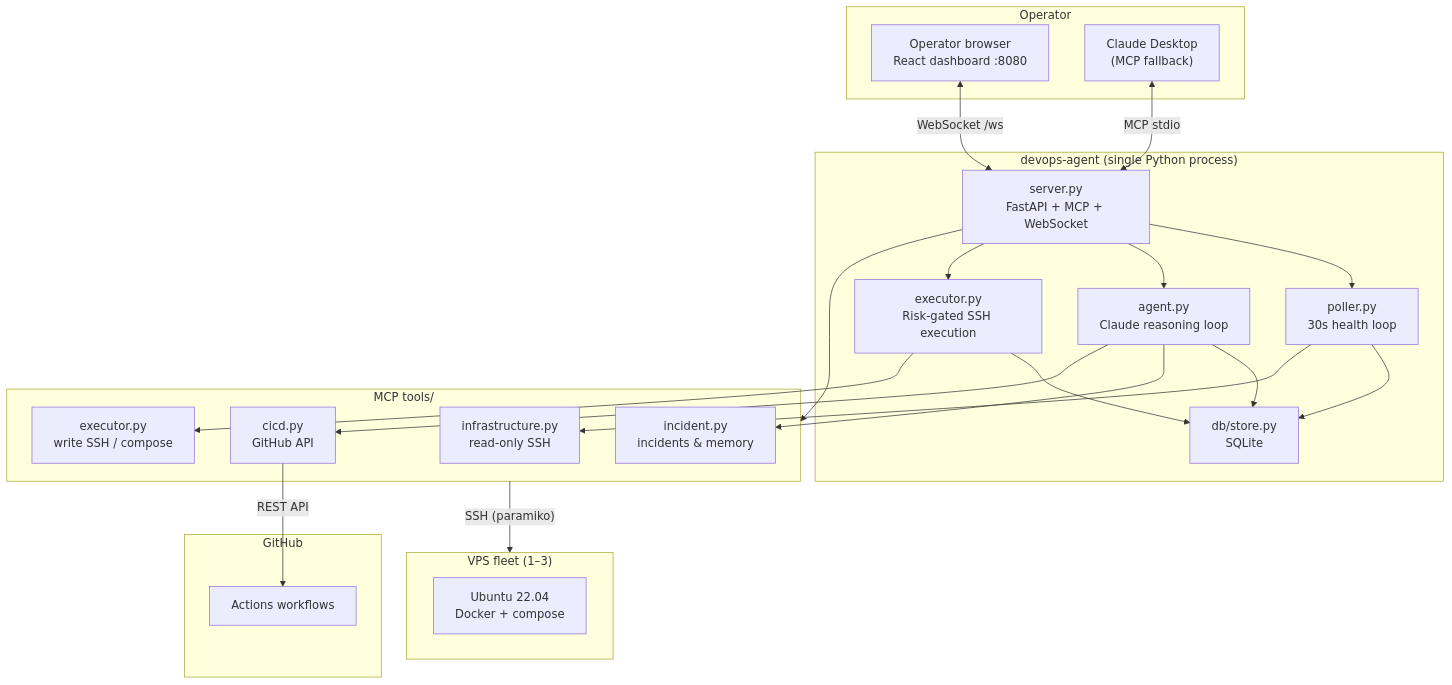
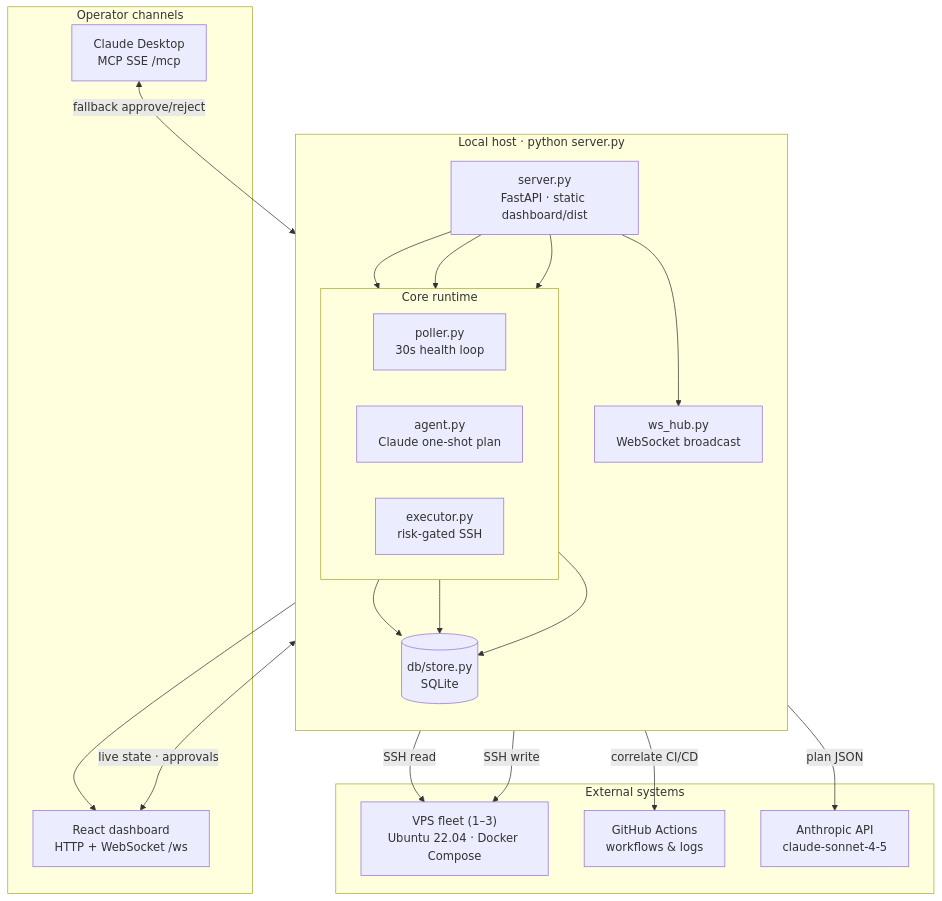
One commit to NevilPatel01/devops-mcp changed the first of 11 diagrams in README.md. Above: the diagram before and after it, drawn with Mermaid. The commit also changed other lines of this file, not shown here.

Commit message:
refactor: update readme with system diagram

````diff
--- a/README.md
+++ b/README.md
@@ -35,47 +37,44 @@
 ```mermaid
 flowchart TB
-  subgraph Operator
-    Browser["Operator browser<br/>React dashboard :8080"]
-    ClaudeDesktop["Claude Desktop<br/>(MCP fallback)"]
+  subgraph Clients["Operator channels"]
+    Browser["React dashboard<br/>HTTP + WebSocket /ws"]
+    ClaudeDesktop["Claude Desktop<br/>MCP SSE /mcp"]
   end
 
-  subgraph devops_agent["devops-agent (single Python process)"]
-    Server["server.py<br/>FastAPI + MCP + WebSocket"]
-    Poller["poller.py<br/>30s health loop"]
-    Agent["agent.py<br/>Claude reasoning loop"]
-    Executor["executor.py<br/>Risk-gated SSH execution"]
-    Store["db/store.py<br/>SQLite"]
-    Server --> Poller
-    Server --> Agent
-    Server --> Executor
+  subgraph Host["Local host · python server.py"]
+    direction TB
+    Entry["server.py<br/>FastAPI · static dashboard/dist"]
+
+    subgraph Core["Core runtime"]
+      direction LR
+      Poller["poller.py<br/>30s health loop"]
+      Agent["agent.py<br/>Claude one-shot plan"]
+      Executor["executor.py<br/>risk-gated SSH"]
+    end
+
+    Hub["ws_hub.py<br/>WebSocket broadcast"]
+    Store[("db/store.py<br/>SQLite")]
+
+    Entry --> Hub
+    Entry --> Poller
+    Entry --> Agent
+    Entry --> Executor
     Poller --> Store
     Agent --> Store
     Executor --> Store
+    Hub --> Browser
   end
 
-  subgraph Tools["MCP tools/"]
-    Infra["infrastructure.py<br/>read-only SSH"]
-    ExecTools["executor.py<br/>write SSH / compose"]
-    CICD["cicd.py<br/>GitHub API"]
-    Incident["incident.py<br/>incidents & memory"]
+  subgraph Remote["External systems"]
+    VPS["VPS fleet (1–3)<br/>Ubuntu 22.04 · Docker Compose"]
+    GitHub["GitHub Actions<br/>workflows & logs"]
+    Anthropic["Anthropic API<br/>claude-sonnet-4-5"]
   end
 
-  Browser <-->|"WebSocket /ws"| Server
-  ClaudeDesktop <-->|"MCP stdio"| Server
-  Server --> Tools
-  Poller --> Infra
-  Agent --> Incident
-  Agent --> CICD
-  Executor --> ExecTools
-
-  subgraph VPS["VPS fleet (1–3)"]
-    S1["Ubuntu 22.04<br/>Docker + compose"]
-  end
-
-  subgraph GitHub["GitHub"]
-    GHA["Actions workflows"]
-  end
-
-  Tools -->|"SSH (paramiko)"| VPS
-  CICD -->|"REST API"| GHA
+  Browser <-->|"live state · approvals"| Hub
+  ClaudeDesktop <-->|"fallback approve/reject"| Entry
+  Poller -->|"SSH read"| VPS
+  Executor -->|"SSH write"| VPS
+  Agent -->|"correlate CI/CD"| GitHub
+  Agent -->|"plan JSON"| Anthropic
 ```
````
